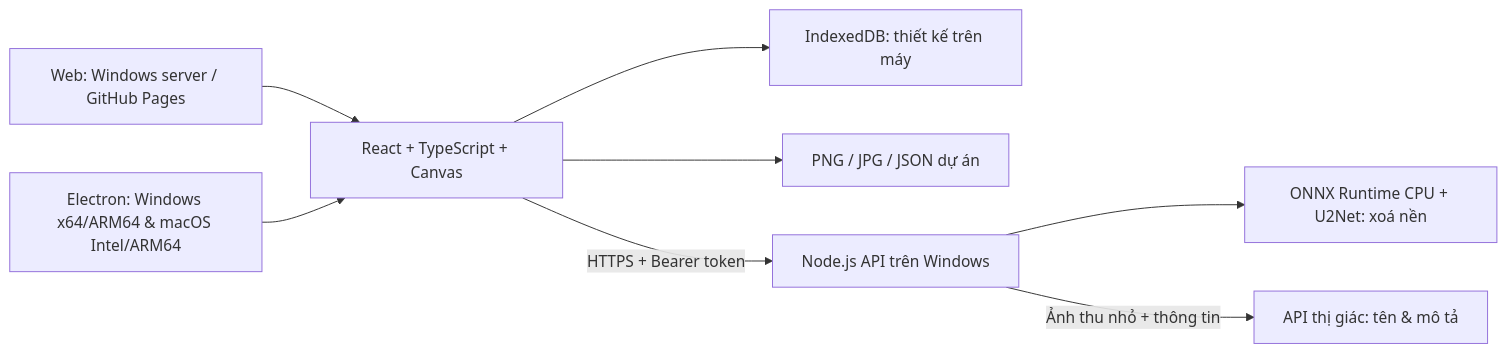
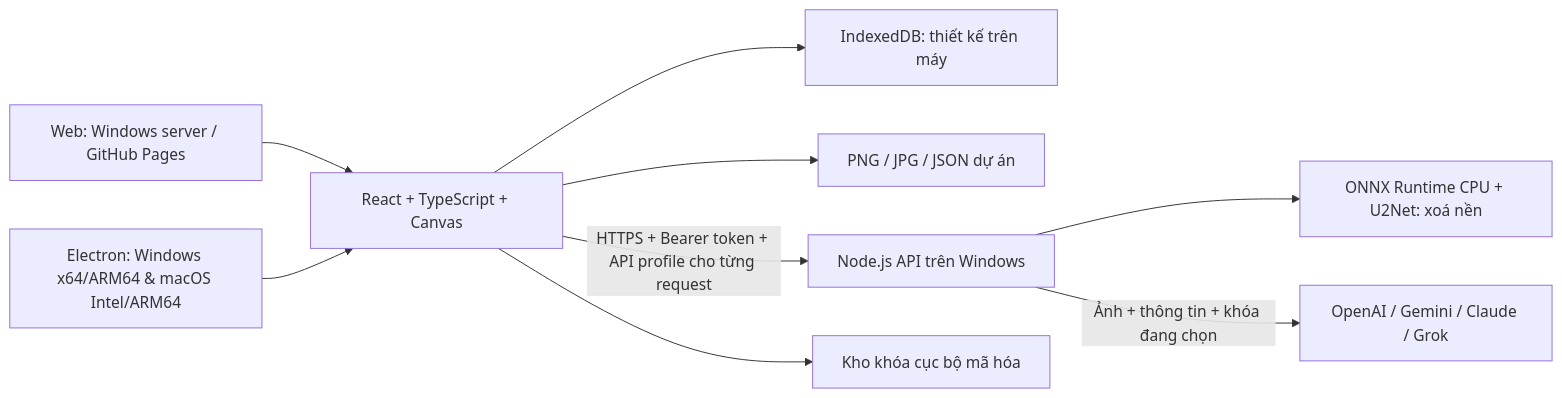
Before and after one commit to trancaodai1651/DTApp: the diagram in docs/ARCHITECTURE.md, drawn with Mermaid. The commit also changed other lines of this file and 18 other files, not shown here.

````diff
--- a/docs/ARCHITECTURE.md
+++ b/docs/ARCHITECTURE.md
@@ -5,10 +5,11 @@
 ```mermaid
 flowchart LR
     Web[Web: Windows server / GitHub Pages] --> UI[React + TypeScript + Canvas]
     Desktop[Electron: Windows x64/ARM64 & macOS Intel/ARM64] --> UI
     UI --> Local[IndexedDB: thiết kế trên máy]
     UI --> Export[PNG / JPG / JSON dự án]
-    UI -->|HTTPS + Bearer token| API[Node.js API trên Windows]
+    UI -->|HTTPS + Bearer token + API profile cho từng request| API[Node.js API trên Windows]
     API --> BG[ONNX Runtime CPU + U2Net: xoá nền]
-    API -->|Ảnh thu nhỏ + thông tin| Vision[API thị giác: tên & mô tả]
+    API -->|Ảnh + thông tin + khóa đang chọn| Vision[OpenAI / Gemini / Claude / Grok]
+    UI --> Vault[Kho khóa cục bộ mã hóa]
 ```
````
